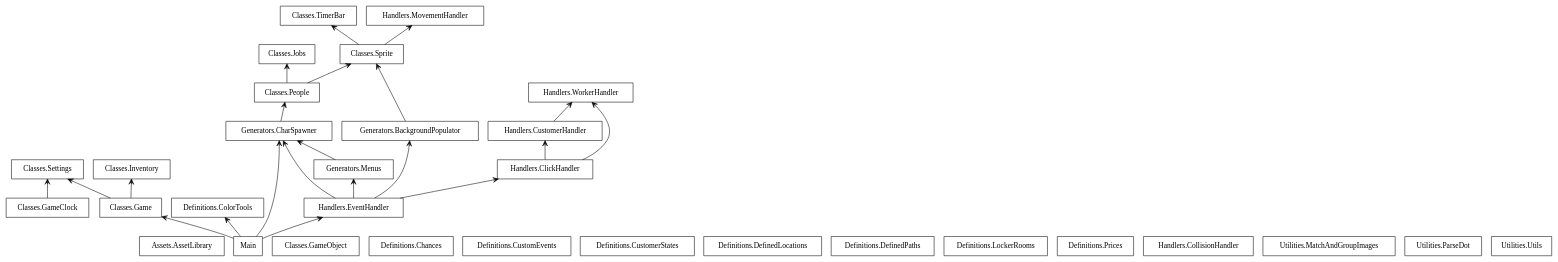
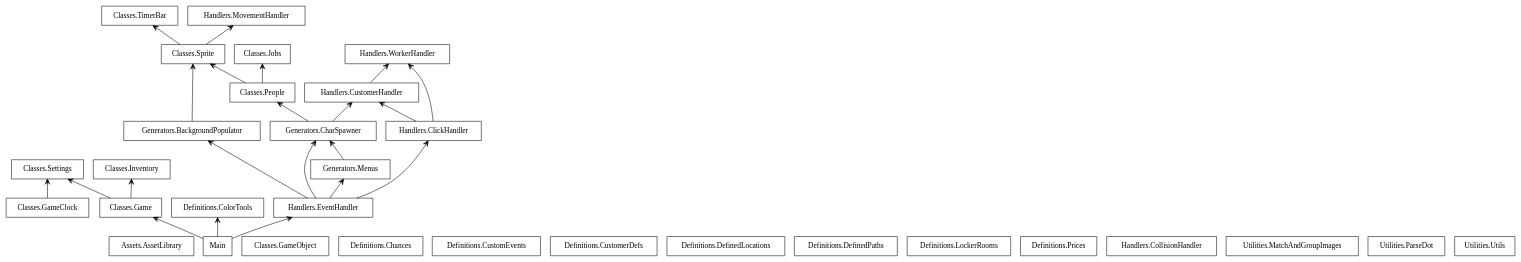
Before and after one commit to AedanM/PoppaPizza: the diagram in Utilities/packages.dot, drawn with Graphviz. The commit also changed 21 other files, not shown here.

```diff
--- a/Utilities/packages.dot
+++ b/Utilities/packages.dot
@@ -1,56 +1,56 @@
 digraph "packages" {
 rankdir=BT
 charset="utf-8"
 "Assets.AssetLibrary" [color="black", label=<Assets.AssetLibrary>, shape="box", style="solid"];
 "Classes.Game" [color="black", label=<Classes.Game>, shape="box", style="solid"];
 "Classes.GameClock" [color="black", label=<Classes.GameClock>, shape="box", style="solid"];
 "Classes.GameObject" [color="black", label=<Classes.GameObject>, shape="box", style="solid"];
 "Classes.Inventory" [color="black", label=<Classes.Inventory>, shape="box", style="solid"];
 "Classes.Jobs" [color="black", label=<Classes.Jobs>, shape="box", style="solid"];
 "Classes.People" [color="black", label=<Classes.People>, shape="box", style="solid"];
 "Classes.Settings" [color="black", label=<Classes.Settings>, shape="box", style="solid"];
 "Classes.Sprite" [color="black", label=<Classes.Sprite>, shape="box", style="solid"];
 "Classes.TimerBar" [color="black", label=<Classes.TimerBar>, shape="box", style="solid"];
 "Definitions.Chances" [color="black", label=<Definitions.Chances>, shape="box", style="solid"];
 "Definitions.ColorTools" [color="black", label=<Definitions.ColorTools>, shape="box", style="solid"];
 "Definitions.CustomEvents" [color="black", label=<Definitions.CustomEvents>, shape="box", style="solid"];
-"Definitions.CustomerStates" [color="black", label=<Definitions.CustomerStates>, shape="box", style="solid"];
+"Definitions.CustomerDefs" [color="black", label=<Definitions.CustomerDefs>, shape="box", style="solid"];
 "Definitions.DefinedLocations" [color="black", label=<Definitions.DefinedLocations>, shape="box", style="solid"];
 "Definitions.DefinedPaths" [color="black", label=<Definitions.DefinedPaths>, shape="box", style="solid"];
 "Definitions.LockerRooms" [color="black", label=<Definitions.LockerRooms>, shape="box", style="solid"];
 "Definitions.Prices" [color="black", label=<Definitions.Prices>, shape="box", style="solid"];
 "Generators.BackgroundPopulator" [color="black", label=<Generators.BackgroundPopulator>, shape="box", style="solid"];
 "Generators.CharSpawner" [color="black", label=<Generators.CharSpawner>, shape="box", style="solid"];
 "Generators.Menus" [color="black", label=<Generators.Menus>, shape="box", style="solid"];
 "Handlers.ClickHandler" [color="black", label=<Handlers.ClickHandler>, shape="box", style="solid"];
 "Handlers.CollisionHandler" [color="black", label=<Handlers.CollisionHandler>, shape="box", style="solid"];
 "Handlers.CustomerHandler" [color="black", label=<Handlers.CustomerHandler>, shape="box", style="solid"];
 "Handlers.EventHandler" [color="black", label=<Handlers.EventHandler>, shape="box", style="solid"];
 "Handlers.MovementHandler" [color="black", label=<Handlers.MovementHandler>, shape="box", style="solid"];
 "Handlers.WorkerHandler" [color="black", label=<Handlers.WorkerHandler>, shape="box", style="solid"];
 "Main" [color="black", label=<Main>, shape="box", style="solid"];
 "Utilities.MatchAndGroupImages" [color="black", label=<Utilities.MatchAndGroupImages>, shape="box", style="solid"];
 "Utilities.ParseDot" [color="black", label=<Utilities.ParseDot>, shape="box", style="solid"];
 "Utilities.Utils" [color="black", label=<Utilities.Utils>, shape="box", style="solid"];
 "Classes.Game" -> "Classes.Inventory" [arrowhead="open", arrowtail="none"];
 "Classes.Game" -> "Classes.Settings" [arrowhead="open", arrowtail="none"];
 "Classes.GameClock" -> "Classes.Settings" [arrowhead="open", arrowtail="none"];
 "Classes.People" -> "Classes.Jobs" [arrowhead="open", arrowtail="none"];
 "Classes.People" -> "Classes.Sprite" [arrowhead="open", arrowtail="none"];
 "Classes.Sprite" -> "Classes.TimerBar" [arrowhead="open", arrowtail="none"];
 "Classes.Sprite" -> "Handlers.MovementHandler" [arrowhead="open", arrowtail="none"];
 "Generators.BackgroundPopulator" -> "Classes.Sprite" [arrowhead="open", arrowtail="none"];
 "Generators.CharSpawner" -> "Classes.People" [arrowhead="open", arrowtail="none"];
+"Generators.CharSpawner" -> "Handlers.CustomerHandler" [arrowhead="open", arrowtail="none"];
 "Generators.Menus" -> "Generators.CharSpawner" [arrowhead="open", arrowtail="none"];
 "Handlers.ClickHandler" -> "Handlers.CustomerHandler" [arrowhead="open", arrowtail="none"];
 "Handlers.ClickHandler" -> "Handlers.WorkerHandler" [arrowhead="open", arrowtail="none"];
 "Handlers.CustomerHandler" -> "Handlers.WorkerHandler" [arrowhead="open", arrowtail="none"];
 "Handlers.EventHandler" -> "Generators.BackgroundPopulator" [arrowhead="open", arrowtail="none"];
 "Handlers.EventHandler" -> "Generators.CharSpawner" [arrowhead="open", arrowtail="none"];
 "Handlers.EventHandler" -> "Generators.Menus" [arrowhead="open", arrowtail="none"];
 "Handlers.EventHandler" -> "Handlers.ClickHandler" [arrowhead="open", arrowtail="none"];
 "Main" -> "Classes.Game" [arrowhead="open", arrowtail="none"];
 "Main" -> "Definitions.ColorTools" [arrowhead="open", arrowtail="none"];
-"Main" -> "Generators.CharSpawner" [arrowhead="open", arrowtail="none"];
 "Main" -> "Handlers.EventHandler" [arrowhead="open", arrowtail="none"];
 }
```
